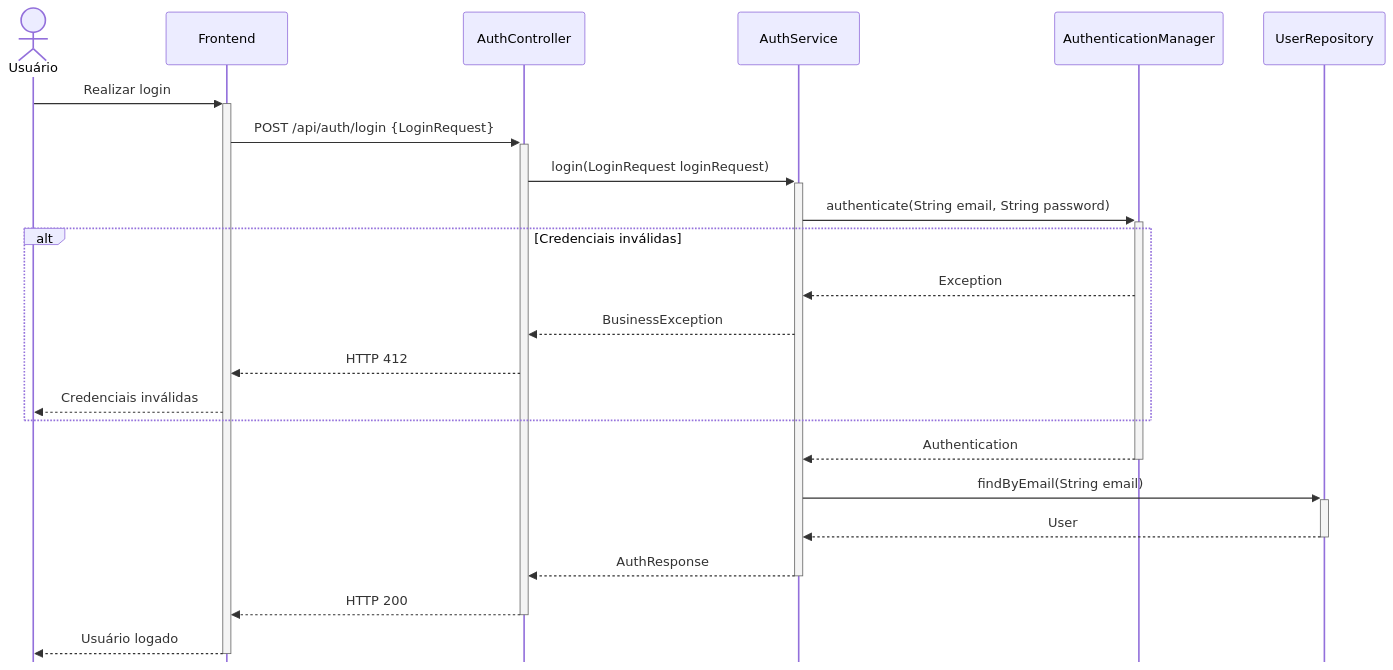
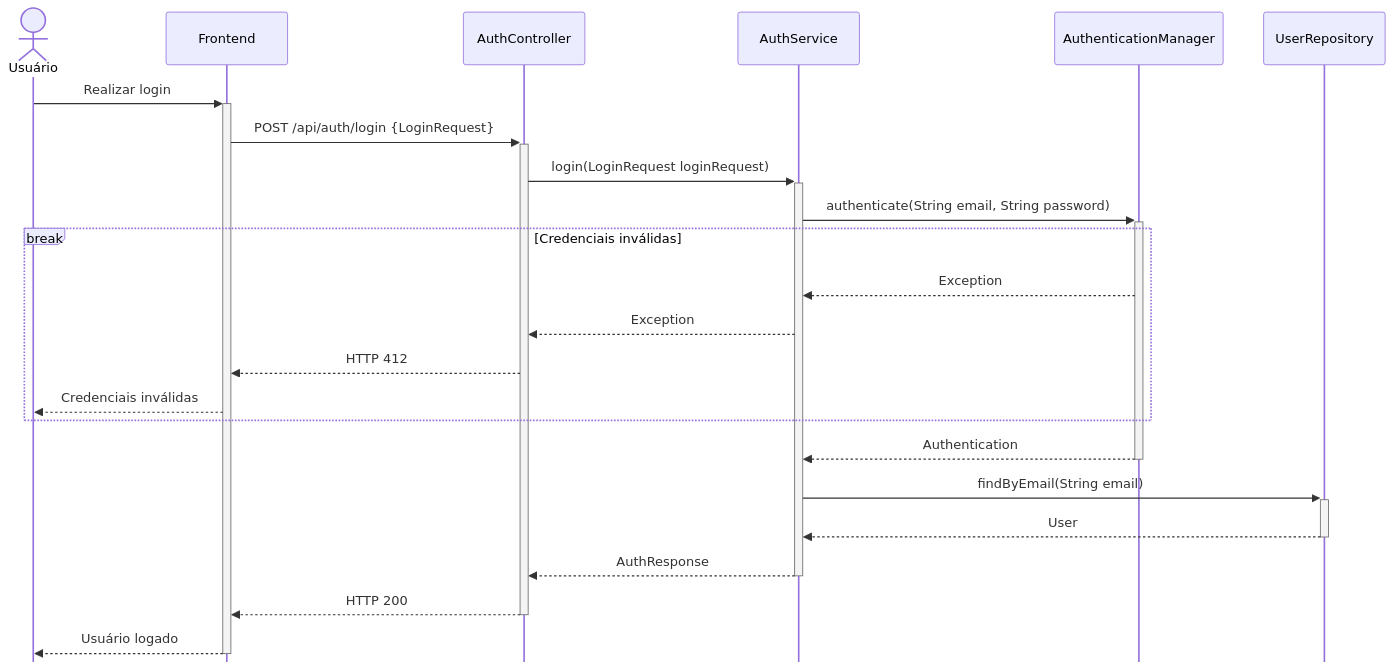
One commit to feliquisds/cooker-api changed the diagram in docs/Diagramas de Sequência/06-1 Manter login (logar).mmd. Above: the diagram before and after it, drawn with Mermaid. The commit also changed 16 other files, not shown here.

```diff
--- a/docs/Diagramas de Sequência/06-1 Manter login (logar).mmd
+++ b/docs/Diagramas de Sequência/06-1 Manter login (logar).mmd
@@ -1,31 +1,31 @@
 ---
 config:
     mirrorActors: false
 ---
 
 sequenceDiagram
     actor U as Usuário
     participant F as Frontend
     participant C as AuthController
     participant S as AuthService
     participant A as AuthenticationManager
     participant R as UserRepository
 
     U->>+F: Realizar login
     F->>+C: POST /api/auth/login {LoginRequest}
     C->>+S: login(LoginRequest loginRequest)
     S->>+A: authenticate(String email, String password)
 
-    alt Credenciais inválidas
+    break Credenciais inválidas
         A-->>S: Exception
-        S-->>C: BusinessException
+        S-->>C: Exception
         C-->>F: HTTP 412
         F-->>U: Credenciais inválidas
     end
 
     A-->>-S: Authentication
     S->>+R: findByEmail(String email)
     R-->>-S: User
     S-->>-C: AuthResponse
     C-->>-F: HTTP 200
     F-->>-U: Usuário logado
```
